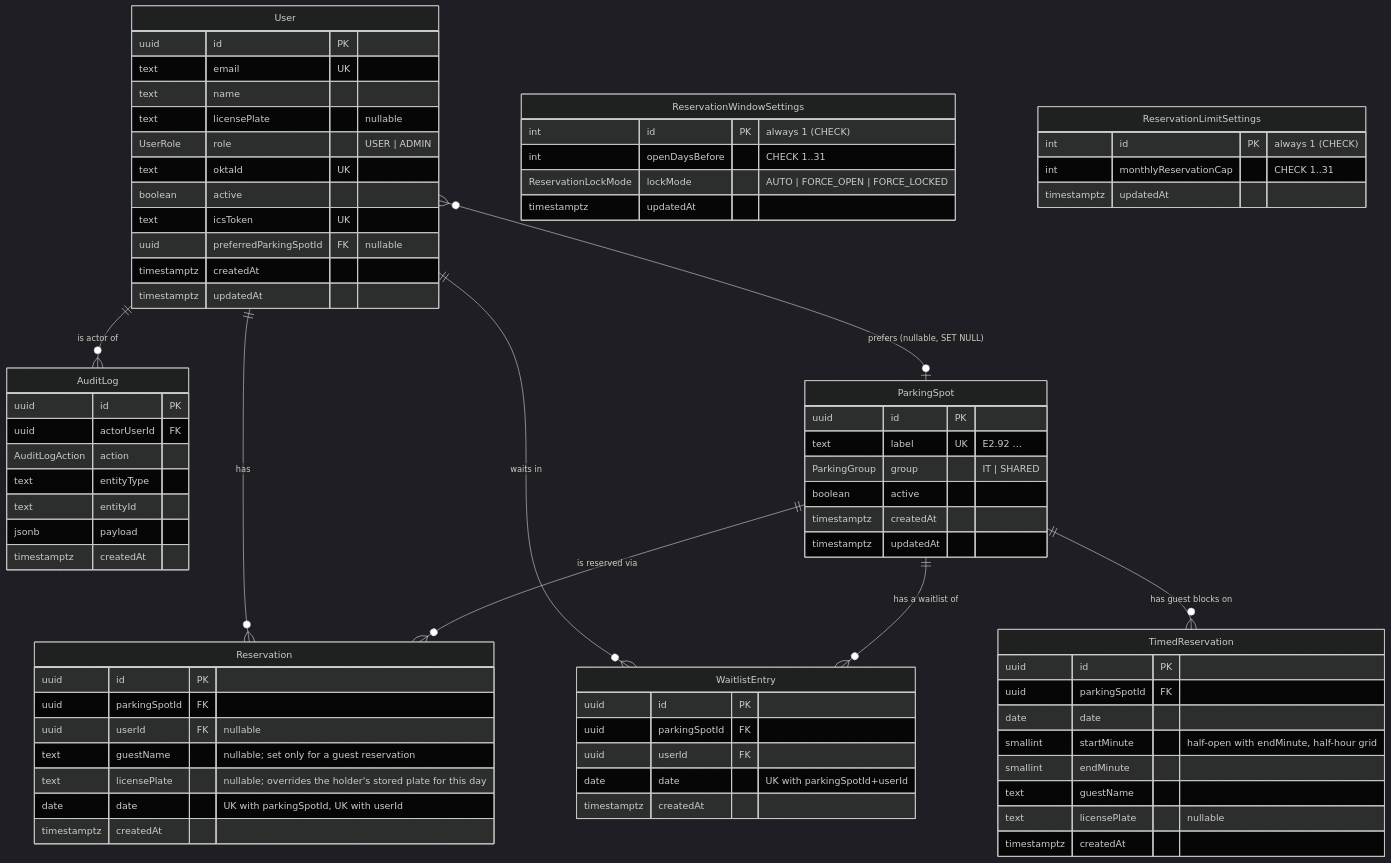
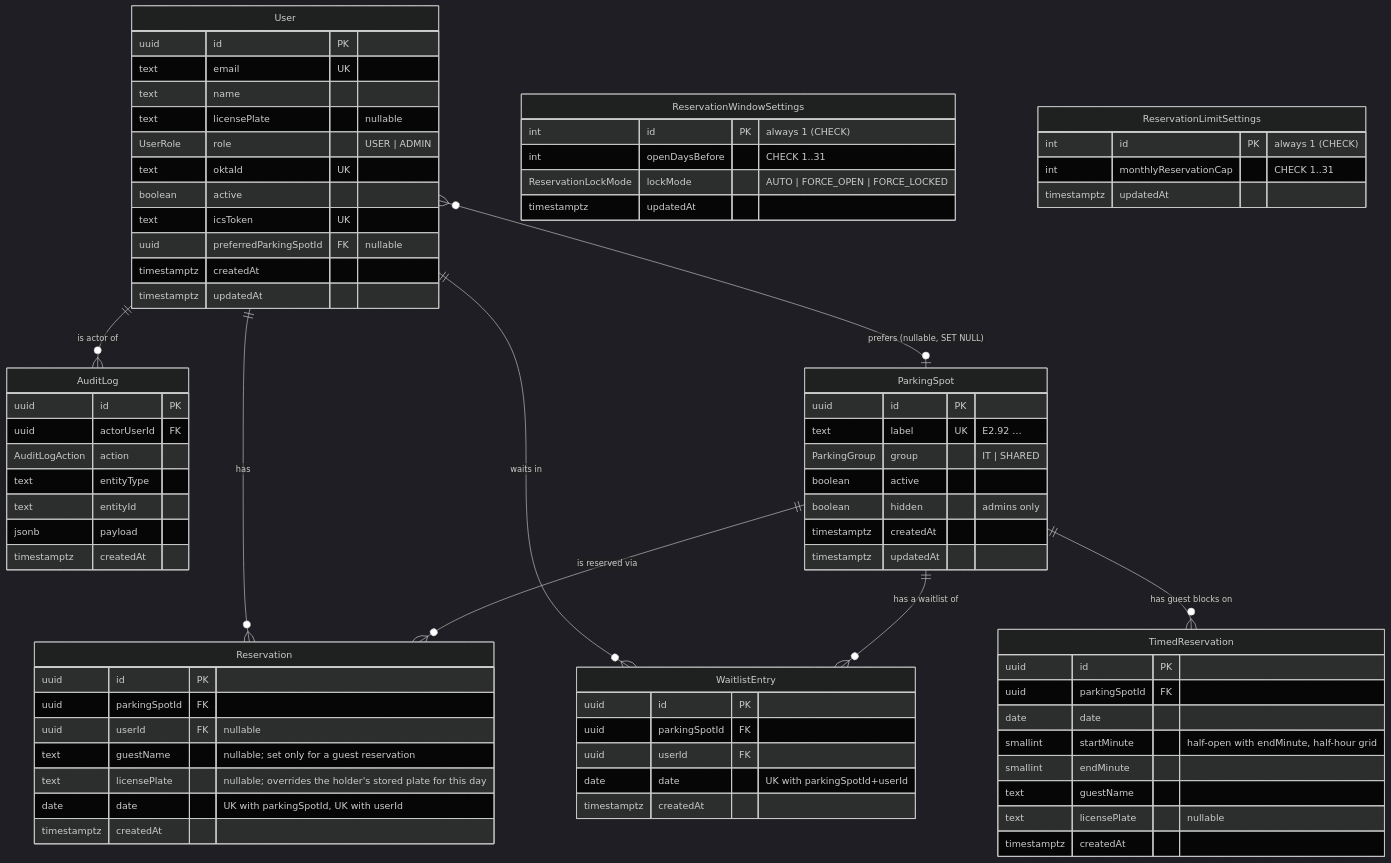
Before and after one commit to ZibbyKarel/shoptet-garage: the diagram in doc/database.md, drawn with Mermaid (dark theme). The commit also changed 8 other files, not shown here.

Commit message:
docs: record that hidden spots are seen and booked by admins only

```diff
--- a/doc/database.md
+++ b/doc/database.md
@@ -63,6 +63,7 @@
         text label UK "E2.92 …"
         ParkingGroup group "IT | SHARED"
         boolean active
+        boolean hidden "admins only"
         timestamptz createdAt
         timestamptz updatedAt
     }
```
